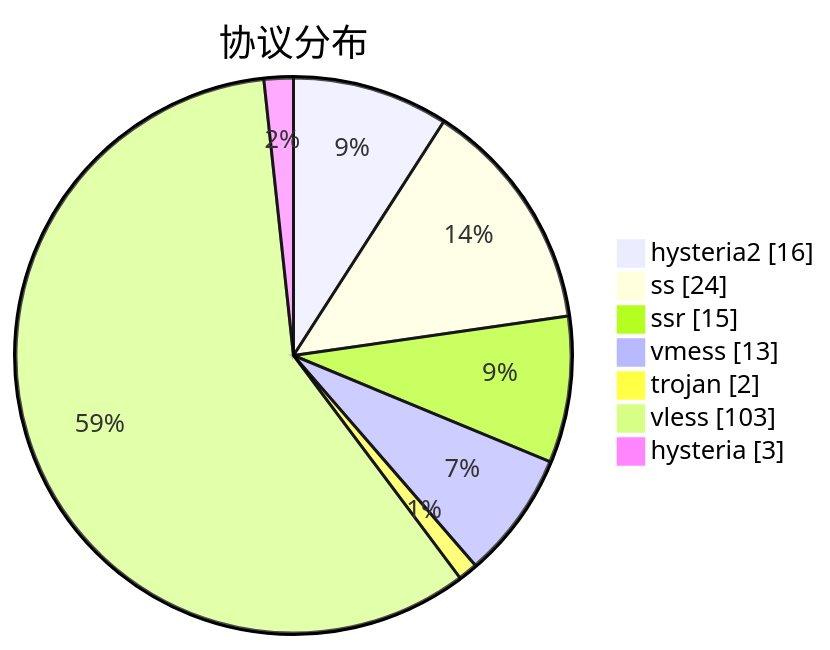
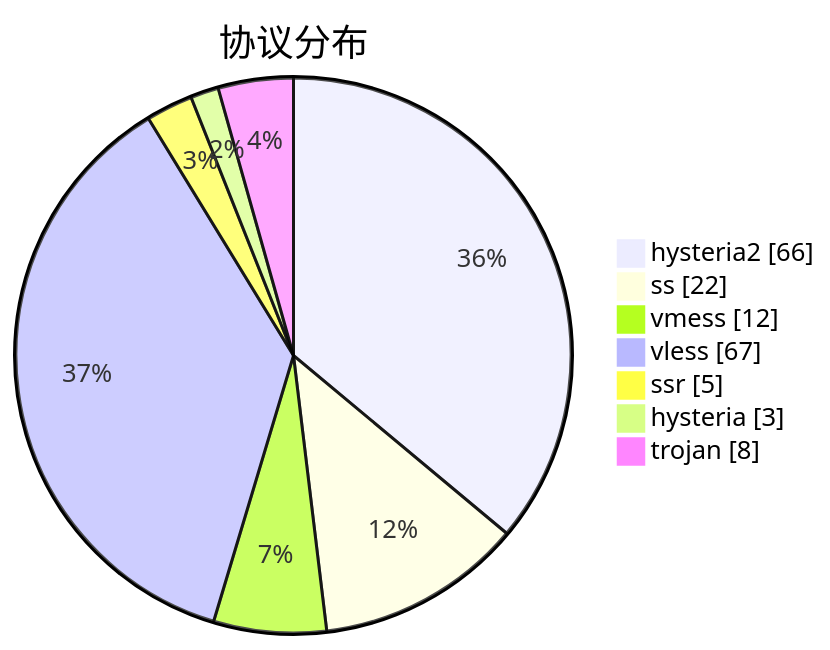
Before and after one commit to sinspired/airport: the third of 3 diagrams in subs/statistics/tested_within.md, drawn with Mermaid. The commit also changed other lines of this file and 2 other files, not shown here.

````diff
--- a/subs/statistics/tested_within.md
+++ b/subs/statistics/tested_within.md
@@ -37,11 +36,11 @@
 ```mermaid
 pie showData
 title 协议分布
-"hysteria2" : 16
-"ss" : 24
-"ssr" : 15
-"vmess" : 13
-"trojan" : 2
-"vless" : 103
+"hysteria2" : 66
+"ss" : 22
+"vmess" : 12
+"vless" : 67
+"ssr" : 5
 "hysteria" : 3
+"trojan" : 8
 ```
````
